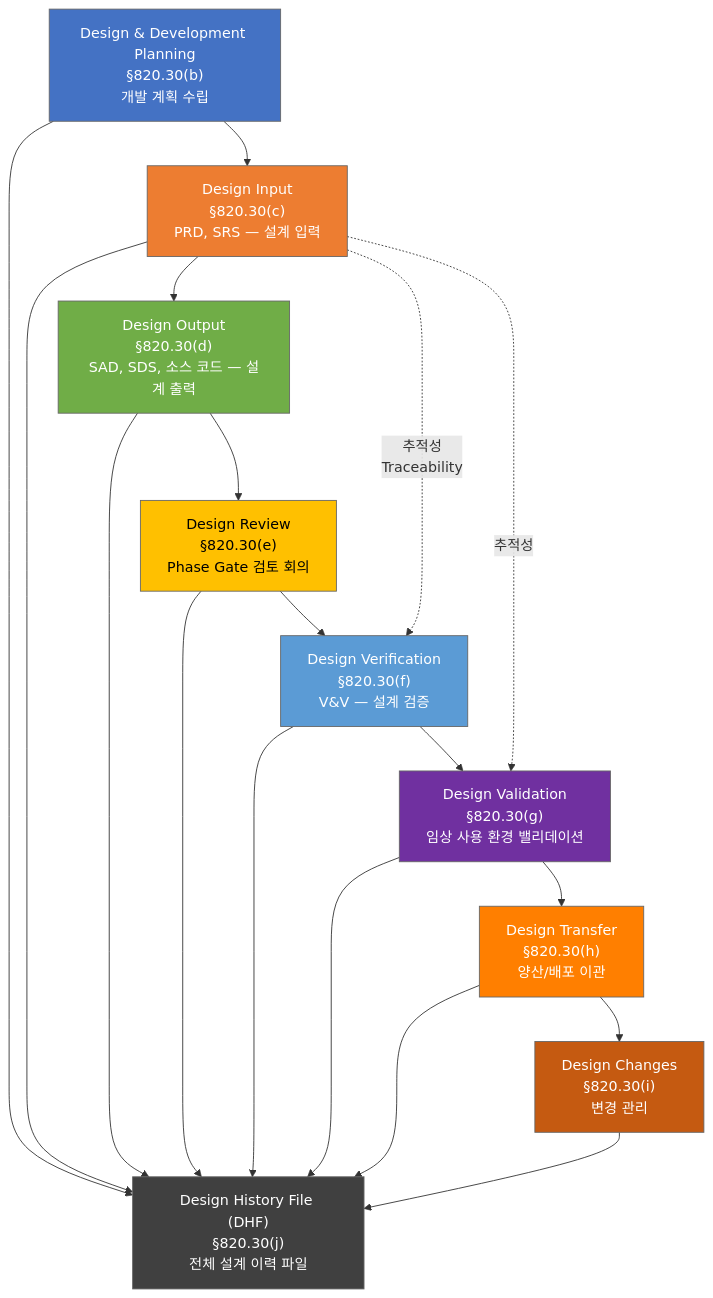
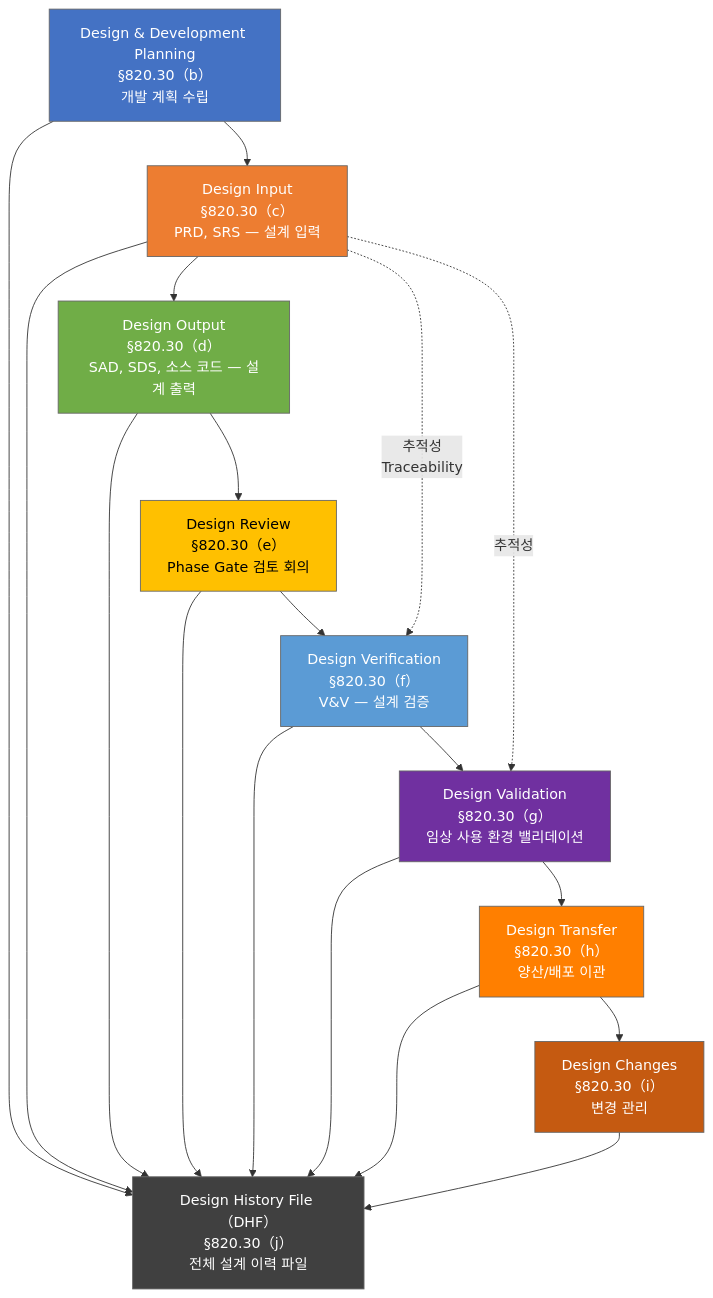
The sixth of 13 diagrams in docs/management/DOC-003_SW_Development_Guideline_v1.0.md (holee9/console-gui), drawn with Mermaid before and after one commit. The commit also changed other lines of this file and 22 other files, not shown here.

First line of the commit message:
fix: Mermaid flowchart 노드 내 괄호 파싱 오류 전면 수정

````diff
--- a/docs/management/DOC-003_SW_Development_Guideline_v1.0.md
+++ b/docs/management/DOC-003_SW_Development_Guideline_v1.0.md
@@ -489,29 +489,29 @@
 ```mermaid
 flowchart TD
     classDef default fill:#444,stroke:#666,color:#fff
-    A["Design & Development Planning<br/>§820.30(b)<br/>개발 계획 수립"] --> B
-    B["Design Input<br/>§820.30(c)<br/>PRD, SRS — 설계 입력"] --> C
-    C["Design Output<br/>§820.30(d)<br/>SAD, SDS, 소스 코드 — 설계 출력"] --> D
-    D["Design Review<br/>§820.30(e)<br/>Phase Gate 검토 회의"] --> E
-    E["Design Verification<br/>§820.30(f)<br/>V&V — 설계 검증"] --> F
-    F["Design Validation<br/>§820.30(g)<br/>임상 사용 환경 밸리데이션"] --> G
-    G["Design Transfer<br/>§820.30(h)<br/>양산/배포 이관"] --> H
-    H["Design Changes<br/>§820.30(i)<br/>변경 관리"]
+    A["Design & Development Planning<br/>§820.30（b）<br/>개발 계획 수립"] --> B
+    B["Design Input<br/>§820.30（c）<br/>PRD, SRS — 설계 입력"] --> C
+    C["Design Output<br/>§820.30（d）<br/>SAD, SDS, 소스 코드 — 설계 출력"] --> D
+    D["Design Review<br/>§820.30（e）<br/>Phase Gate 검토 회의"] --> E
+    E["Design Verification<br/>§820.30（f）<br/>V&V — 설계 검증"] --> F
+    F["Design Validation<br/>§820.30（g）<br/>임상 사용 환경 밸리데이션"] --> G
+    G["Design Transfer<br/>§820.30（h）<br/>양산/배포 이관"] --> H
+    H["Design Changes<br/>§820.30（i）<br/>변경 관리"]
 
     B -.->|"추적성<br/>Traceability"| E
     B -.->|"추적성"| F
 
-    I["Design History File (DHF)<br/>§820.30(j)<br/>전체 설계 이력 파일"] 
+    I["Design History File （DHF）<br/>§820.30（j）<br/>전체 설계 이력 파일"] 
     
     A & B & C & D & E & F & G & H --> I
 
     style A fill:#4472C4,color:#fff
     style B fill:#ED7D31,color:#fff
     style C fill:#70AD47,color:#fff
     style D fill:#FFC000,color:#000
     style E fill:#5B9BD5,color:#fff
     style F fill:#7030A0,color:#fff
     style G fill:#FF7F00,color:#fff
     style H fill:#C55A11,color:#fff
     style I fill:#404040,color:#fff
 ```
````
